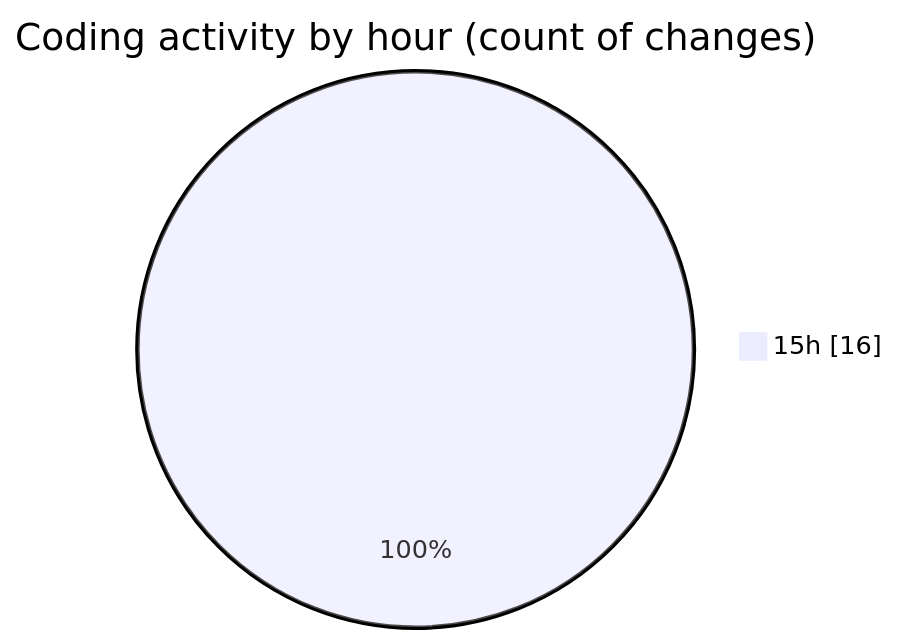
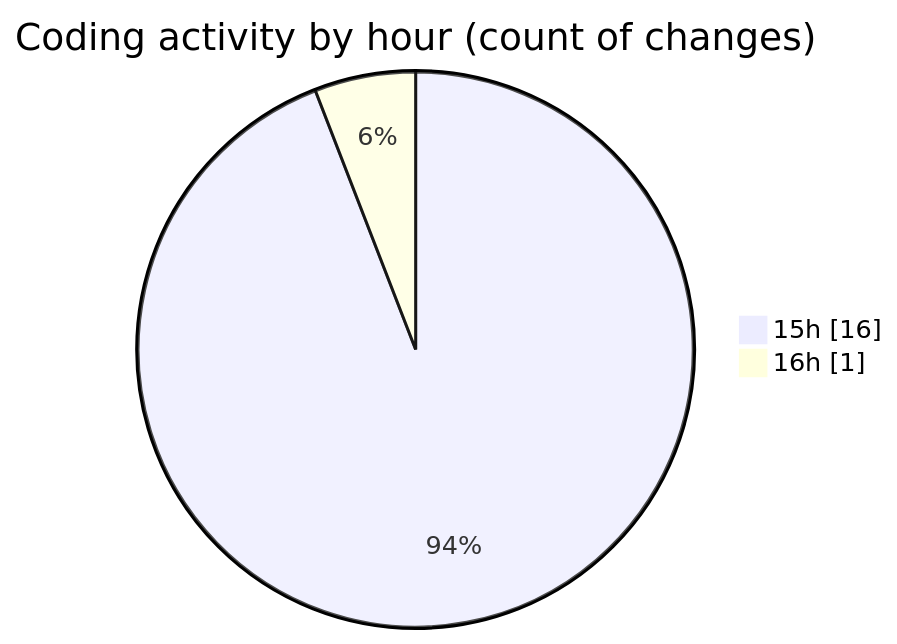
The second of 2 diagrams in 2025-10-01/oura-api/README.md (mevix1/code-tracking), drawn with Mermaid before and after one commit. The commit also changed other lines of this file and 1 other file, not shown here.

````diff
--- a/2025-10-01/oura-api/README.md
+++ b/2025-10-01/oura-api/README.md
@@ -32,5 +34,6 @@
 ```mermaid
 pie showData
 title Coding activity by hour (count of changes)
 "15h" : 16
+"16h" : 1
 ```
````
